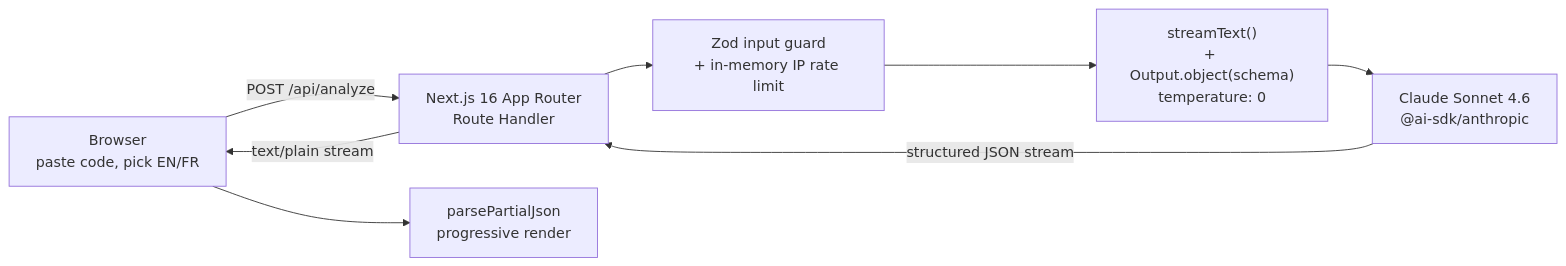
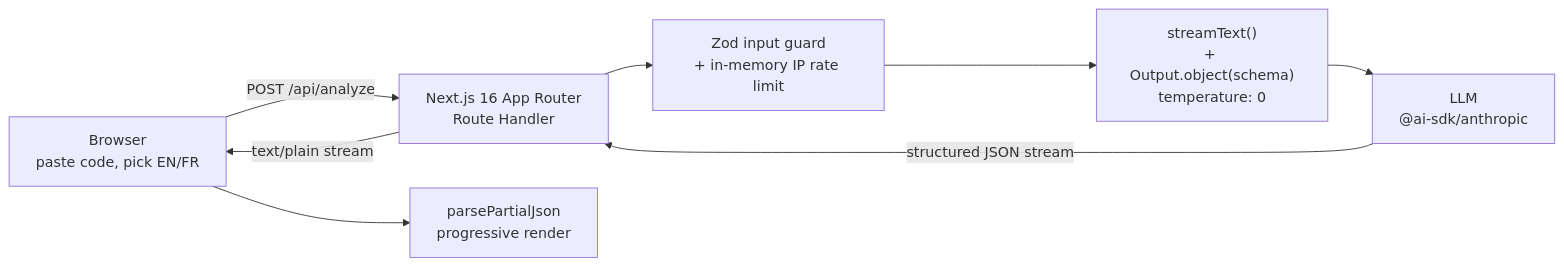
The diagram in README.md (ashthedaddy/codeclair), drawn with Mermaid before and after one commit. The commit also changed other lines of this file, not shown here.

First line of the commit message:
remove Claude/Sonnet branding from README

````diff
--- a/README.md
+++ b/README.md
@@ -21,10 +21,10 @@
 ```mermaid
 flowchart LR
   U["Browser<br/>paste code, pick EN/FR"] -->|POST /api/analyze| R["Next.js 16 App Router<br/>Route Handler"]
   R --> V["Zod input guard<br/>+ in-memory IP rate limit"]
   V --> M["streamText()<br/>+ Output.object(schema)<br/>temperature: 0"]
-  M --> C["Claude Sonnet 4.6<br/>@ai-sdk/anthropic"]
+  M --> C["LLM<br/>@ai-sdk/anthropic"]
   C -->|structured JSON stream| R
   R -->|text/plain stream| U
   U --> P["parsePartialJson<br/>progressive render"]
 ```
````
